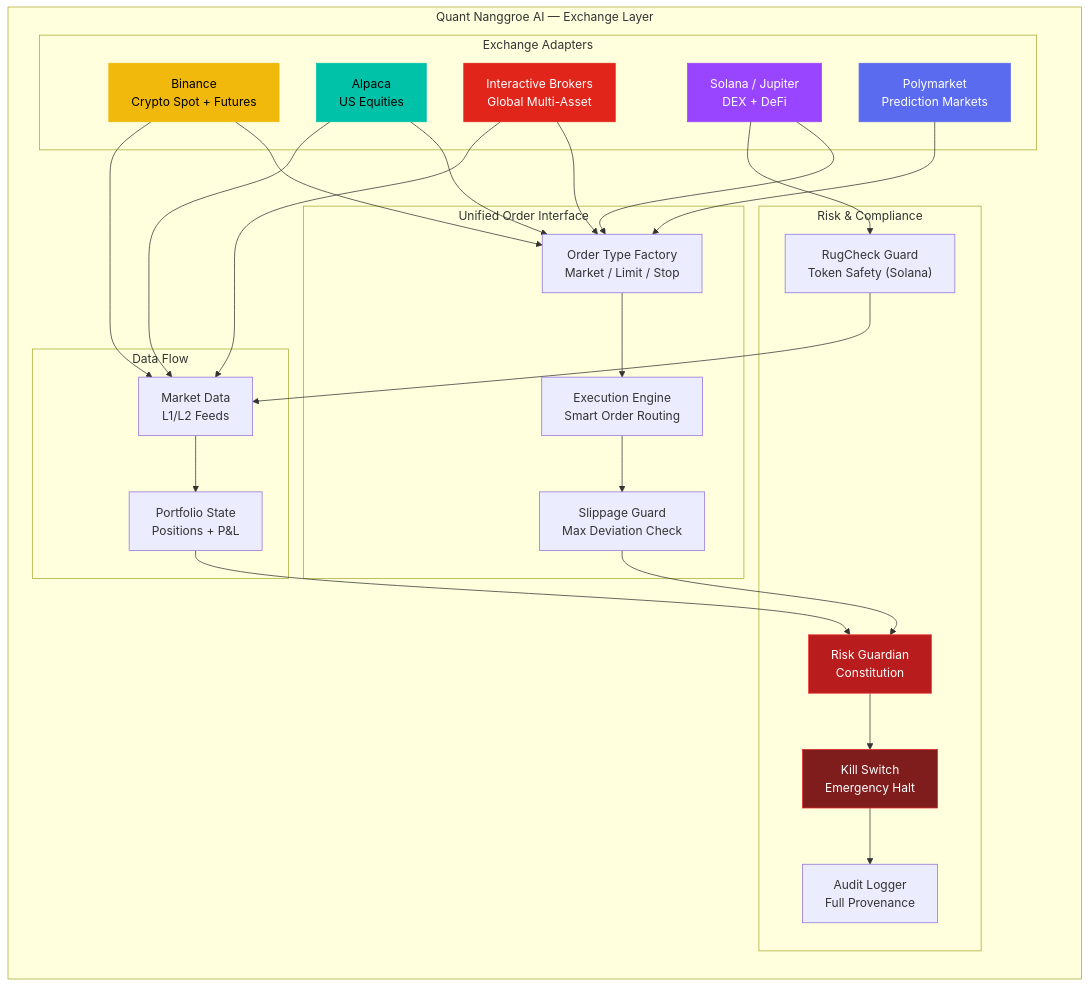
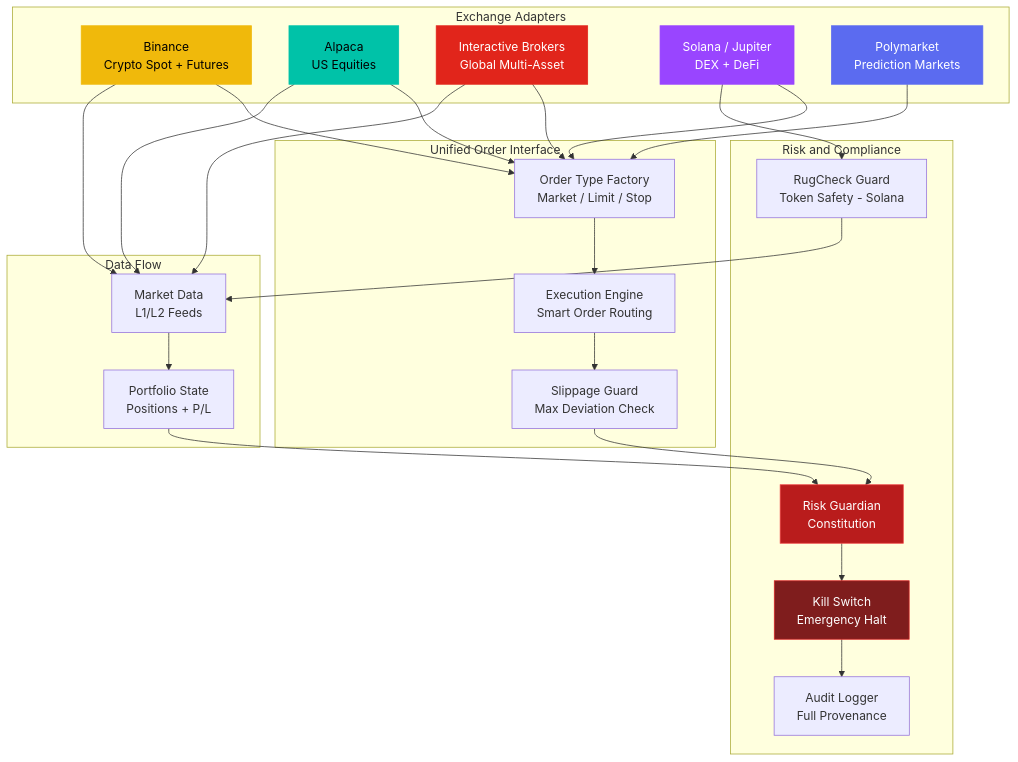
The fourth of 5 diagrams in README.md (mulkymalikuldhrs/Quant-Nanggroe-AI), drawn with Mermaid before and after one commit. The commit also changed other lines of this file and 1 other file, not shown here.

Commit message:
🎨 Upgrade: banner image + fixed Mermaid + animations + flow diagrams

````diff
--- a/README.md
+++ b/README.md
@@ -244,62 +240,58 @@
 ```mermaid
 graph TB
-    subgraph "Quant Nanggroe AI — Exchange Layer"
-        direction TB
+    subgraph Exchanges["Exchange Adapters"]
+        Binance["Binance<br/>Crypto Spot + Futures"]
+        Alpaca["Alpaca<br/>US Equities"]
+        IBKR["Interactive Brokers<br/>Global Multi-Asset"]
+        Solana["Solana / Jupiter<br/>DEX + DeFi"]
+        Polymarket["Polymarket<br/>Prediction Markets"]
+    end
 
-        subgraph "Exchange Adapters"
-            Binance["Binance<br/>Crypto Spot + Futures"]
-            Alpaca["Alpaca<br/>US Equities"]
-            IBKR["Interactive Brokers<br/>Global Multi-Asset"]
-            Solana["Solana / Jupiter<br/>DEX + DeFi"]
-            Polymarket["Polymarket<br/>Prediction Markets"]
-        end
+    subgraph OrderInterface["Unified Order Interface"]
+        OrderFactory["Order Type Factory<br/>Market / Limit / Stop"]
+        ExecutionEngine["Execution Engine<br/>Smart Order Routing"]
+        SlippageGuard["Slippage Guard<br/>Max Deviation Check"]
+    end
 
-        subgraph "Unified Order Interface"
-            OrderFactory["Order Type Factory<br/>Market / Limit / Stop"]
-            ExecutionEngine["Execution Engine<br/>Smart Order Routing"]
-            SlippageGuard["Slippage Guard<br/>Max Deviation Check"]
-        end
+    subgraph RiskCompliance["Risk and Compliance"]
+        RiskGuardian["Risk Guardian<br/>Constitution"]
+        KillSwitch["Kill Switch<br/>Emergency Halt"]
+        AuditLogger["Audit Logger<br/>Full Provenance"]
+        RugCheck["RugCheck Guard<br/>Token Safety - Solana"]
+    end
 
-        subgraph "Risk & Compliance"
-            RiskGuardian["Risk Guardian<br/>Constitution"]
-            KillSwitch["Kill Switch<br/>Emergency Halt"]
-            AuditLogger["Audit Logger<br/>Full Provenance"]
-            RugCheck["RugCheck Guard<br/>Token Safety (Solana)"]
-        end
-
-        subgraph "Data Flow"
-            MarketData["Market Data<br/>L1/L2 Feeds"]
-            PortfolioState["Portfolio State<br/>Positions + P&L"]
-        end
+    subgraph DataFlow["Data Flow"]
+        MarketData["Market Data<br/>L1/L2 Feeds"]
+        PortfolioState["Portfolio State<br/>Positions + P/L"]
     end
 
     Binance --> OrderFactory
     Alpaca --> OrderFactory
     IBKR --> OrderFactory
     Solana --> OrderFactory
     Polymarket --> OrderFactory
 
     OrderFactory --> ExecutionEngine
     ExecutionEngine --> SlippageGuard
 
     SlippageGuard --> RiskGuardian
     RiskGuardian --> KillSwitch
     KillSwitch --> AuditLogger
 
     Binance --> MarketData
     Alpaca --> MarketData
     IBKR --> MarketData
     Solana --> RugCheck
     RugCheck --> MarketData
 
     MarketData --> PortfolioState
     PortfolioState --> RiskGuardian
 
     style Binance fill:#f0b90b,stroke:#f0b90b,color:#000
     style Alpaca fill:#00c2a8,stroke:#00c2a8,color:#000
     style IBKR fill:#e1251b,stroke:#e1251b,color:#fff
     style Solana fill:#9945ff,stroke:#9945ff,color:#fff
     style Polymarket fill:#5b6bf0,stroke:#5b6bf0,color:#fff
     style RiskGuardian fill:#b91c1c,stroke:#ef4444,color:#fff
     style KillSwitch fill:#7f1d1d,stroke:#dc2626,color:#fff
 ```
````
